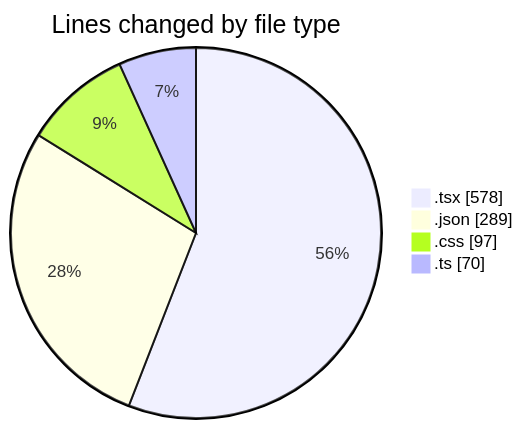
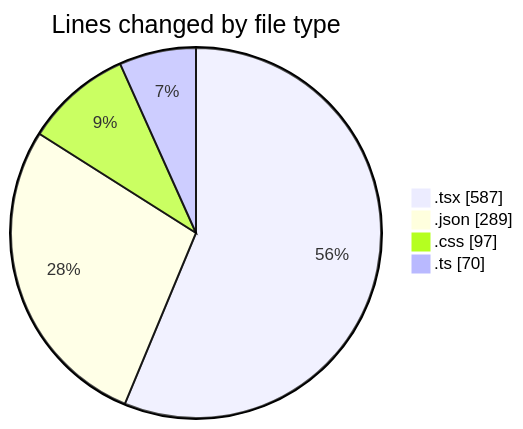
One commit to Elitesun/code-tracking changed the first of 2 diagrams in 2025-05-04/niten/README.md. Above: the diagram before and after it, drawn with Mermaid. The commit also changed other lines of this file and 1 other file, not shown here.

````diff
--- a/2025-05-04/niten/README.md
+++ b/2025-05-04/niten/README.md
@@ -34,8 +34,8 @@
 ```mermaid
 pie showData
 title Lines changed by file type
-".tsx" : 578
+".tsx" : 587
 ".json" : 289
 ".css" : 97
 ".ts" : 70
 ```
````
